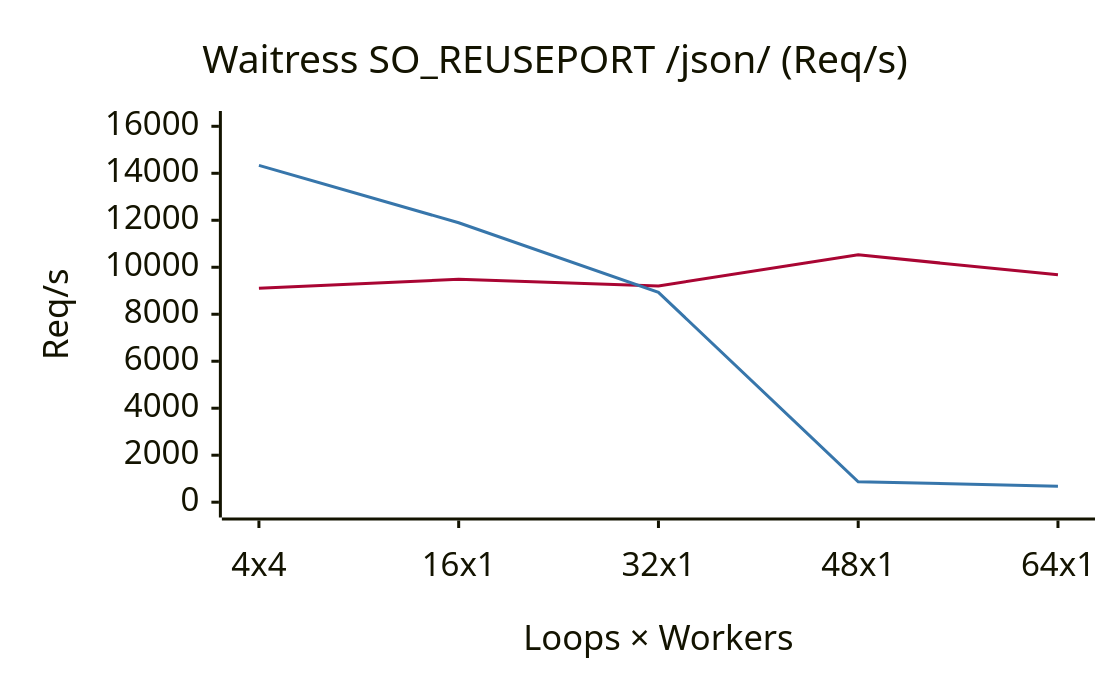
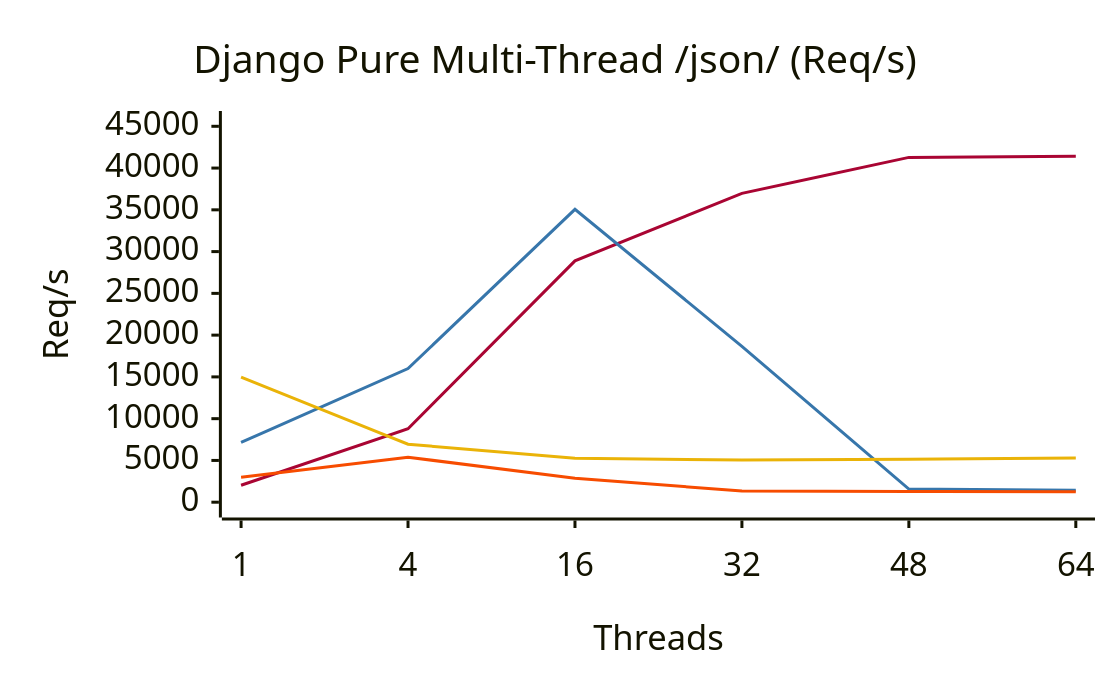
The third of 14 diagrams in README.md (erlpython/epython), drawn with Mermaid before and after one commit. The commit also changed other lines of this file, not shown here.

Commit message:
update numbers and graph in readme

````diff
--- a/README.md
+++ b/README.md
@@ -120,32 +124,34 @@
 ```mermaid
 ---
 config:
   xyChart:
     width: 720
     height: 440
     titleFontSize: 26
     titlePadding: 14
     xAxis:
       labelFontSize: 22
       labelPadding: 8
       titleFontSize: 23
       titlePadding: 10
     yAxis:
       labelFontSize: 22
       labelPadding: 8
       titleFontSize: 23
       titlePadding: 10
   themeVariables:
     xyChart:
       backgroundColor: "transparent"
-      plotColorPalette: "#A90533, #3776AB"
+      plotColorPalette: "#A90533, #3776AB, #EAB308, #F74C00"
   themeCSS: |
     .main { transform: translate(4px, 10px) scale(0.71); transform-origin: 0 0; }
 ---
 xychart-beta
-    title "Waitress SO_REUSEPORT /json/ (Req/s)"
-    x-axis "Loops × Workers" ["4x4", "16x1", "32x1", "48x1", "64x1"]
-    y-axis "Req/s" 0 --> 16000
-    line [9106, 9488, 9203, 10528, 9679]
-    line [14338, 11895, 8932, 871, 683]
+    title "Django Pure Multi-Thread /json/ (Req/s)"
+    x-axis "Threads" ["1", "4", "16", "32", "48", "64"]
+    y-axis "Req/s" 0 --> 45000
+    line [2033, 8791, 28894, 36969, 41277, 41412]
+    line [7152, 15997, 35063, 18656, 1569, 1418]
+    line [14976, 6936, 5271, 5046, 5141, 5289]
+    line [2994, 5386, 2858, 1345, 1274, 1257]
 ```
````
